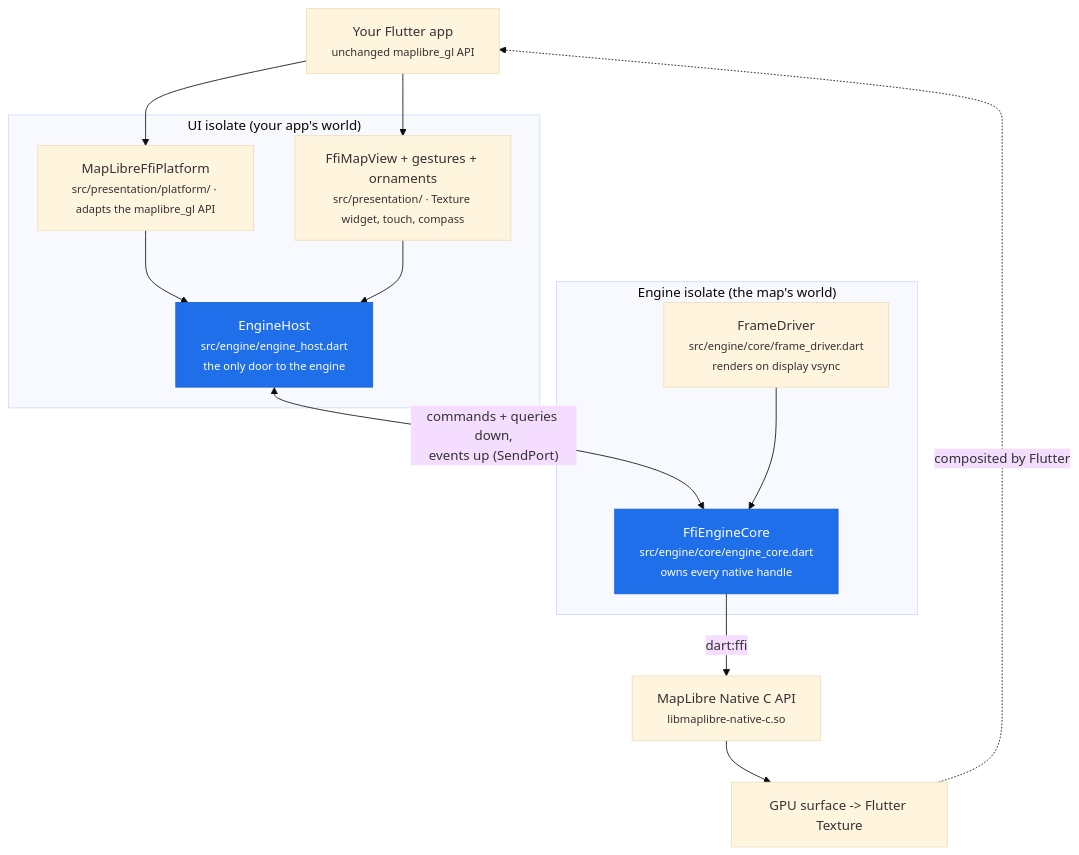
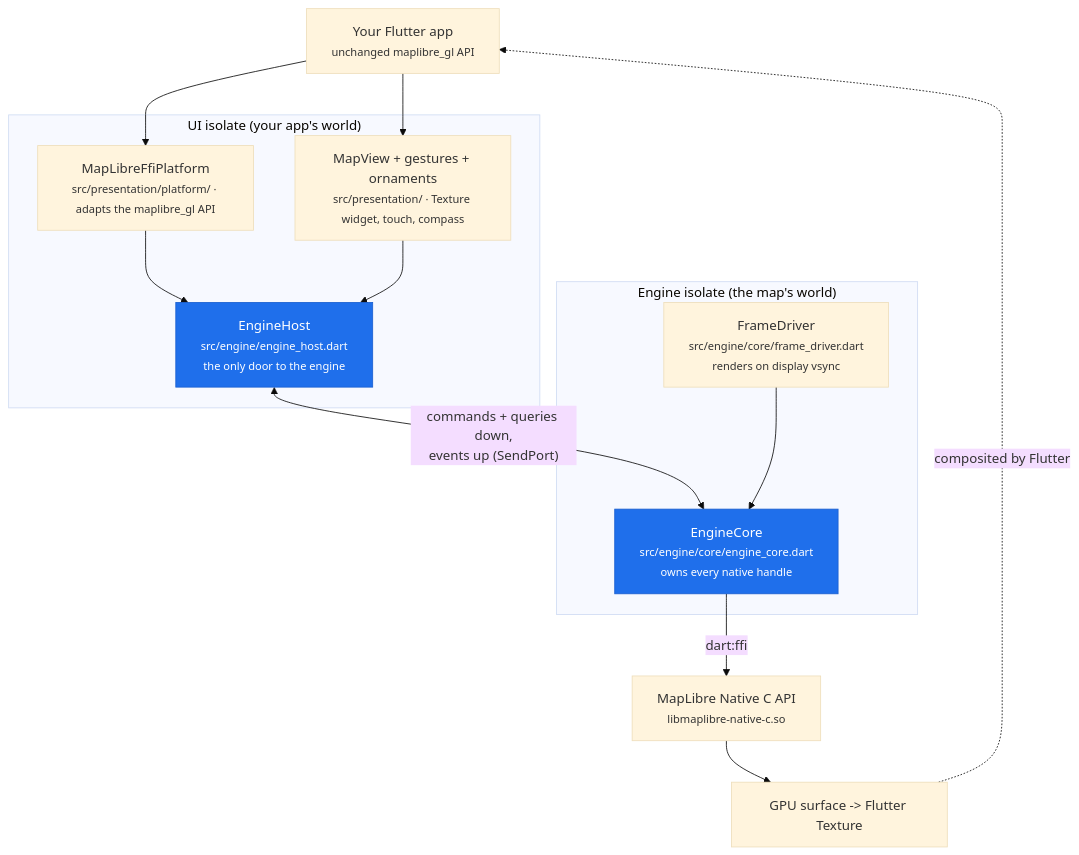
Before and after one commit to maplibre/flutter-maplibre-gl: the first of 3 diagrams in maplibre_gl_native/ARCHITECTURE.md, drawn with Mermaid (base theme). The commit also changed other lines of this file and 33 other files, not shown here.

````diff
--- a/maplibre_gl_native/ARCHITECTURE.md
+++ b/maplibre_gl_native/ARCHITECTURE.md
@@ -11,28 +11,28 @@
 ```mermaid
 flowchart TD
     APP["Your Flutter app<br/><small>unchanged maplibre_gl API</small>"]
     subgraph UI["UI isolate (your app's world)"]
         PLAT["MapLibreFfiPlatform<br/><small>src/presentation/platform/ · adapts the maplibre_gl API</small>"]
-        VIEW["FfiMapView + gestures + ornaments<br/><small>src/presentation/ · Texture widget, touch, compass</small>"]
+        VIEW["MapView + gestures + ornaments<br/><small>src/presentation/ · Texture widget, touch, compass</small>"]
         HOST["EngineHost<br/><small>src/engine/engine_host.dart<br/>the only door to the engine</small>"]
     end
     subgraph ENGINE["Engine isolate (the map's world)"]
         DRIVER["FrameDriver<br/><small>src/engine/core/frame_driver.dart<br/>renders on display vsync</small>"]
-        CORE["FfiEngineCore<br/><small>src/engine/core/engine_core.dart<br/>owns every native handle</small>"]
+        CORE["EngineCore<br/><small>src/engine/core/engine_core.dart<br/>owns every native handle</small>"]
     end
     NATIVE["MapLibre Native C API<br/><small>libmaplibre-native-c.so</small>"]
     GPU["GPU surface -> Flutter Texture"]
 
     APP --> PLAT
     APP --> VIEW
     PLAT --> HOST
     VIEW --> HOST
     HOST <-->|"commands + queries down,<br/>events up (SendPort)"| CORE
     DRIVER --> CORE
     CORE -->|dart:ffi| NATIVE
     NATIVE --> GPU
     GPU -.->|"composited by Flutter"| APP
 
     classDef emphasis fill:#1f6feb,stroke:#1a5fd0,color:#fff;
     class HOST,CORE emphasis
 ```
````
